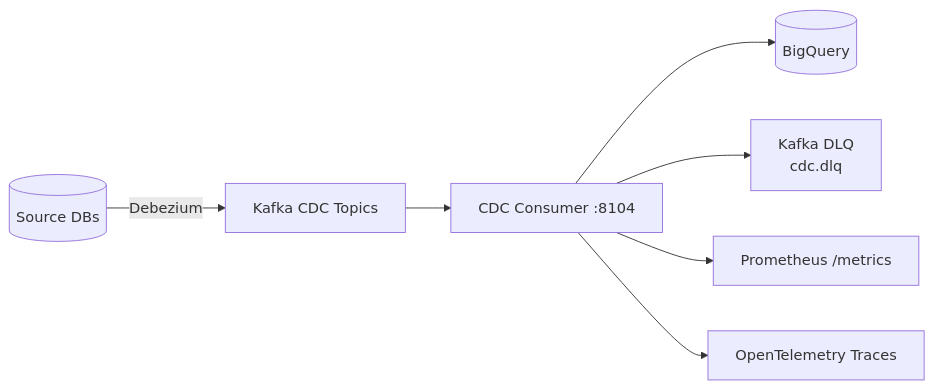
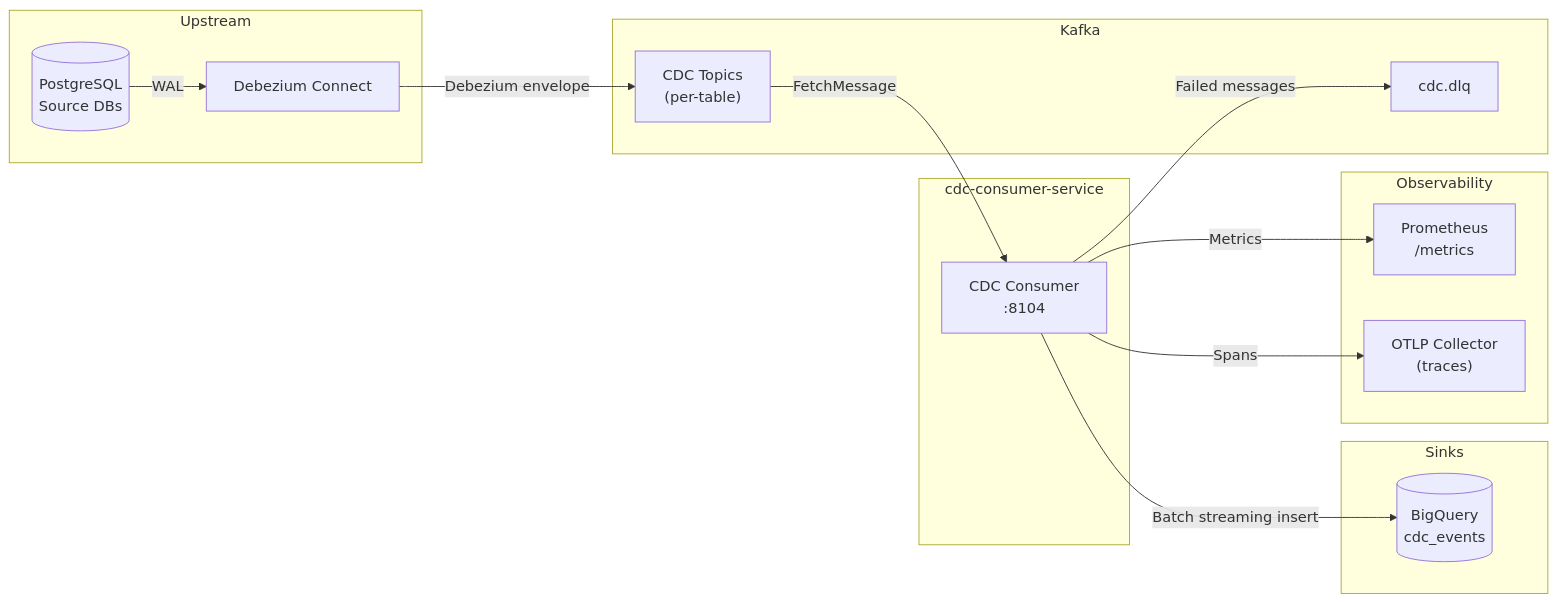
Before and after one commit to sunitakeazycommerz-a11y/InstaCommerce: the first of 4 diagrams in services/cdc-consumer-service/README.md, drawn with Mermaid. The commit also changed other lines of this file and 554 other files, not shown here.

````diff
--- a/services/cdc-consumer-service/README.md
+++ b/services/cdc-consumer-service/README.md
@@ -9,9 +52,29 @@
 ```mermaid
 graph LR
-    DB[(Source DBs)] -->|Debezium| KF[Kafka CDC Topics]
-    KF --> CS[CDC Consumer :8104]
-    CS --> BQ[(BigQuery)]
-    CS --> DLQ[Kafka DLQ<br/>cdc.dlq]
-    CS --> PROM[Prometheus /metrics]
-    CS --> OTEL[OpenTelemetry Traces]
+    subgraph Upstream
+        DB[(PostgreSQL<br/>Source DBs)]
+        DZ[Debezium Connect]
+    end
+    subgraph Kafka
+        CDC_T["CDC Topics<br/>(per-table)"]
+        DLQ_T["cdc.dlq"]
+    end
+    subgraph cdc-consumer-service
+        CS["CDC Consumer<br/>:8104"]
+    end
+    subgraph Sinks
+        BQ[(BigQuery<br/>cdc_events)]
+    end
+    subgraph Observability
+        PROM["Prometheus<br/>/metrics"]
+        OTEL["OTLP Collector<br/>(traces)"]
+    end
+
+    DB -->|WAL| DZ
+    DZ -->|Debezium envelope| CDC_T
+    CDC_T -->|FetchMessage| CS
+    CS -->|Batch streaming insert| BQ
+    CS -->|Failed messages| DLQ_T
+    CS -->|Metrics| PROM
+    CS -->|Spans| OTEL
 ```
````
